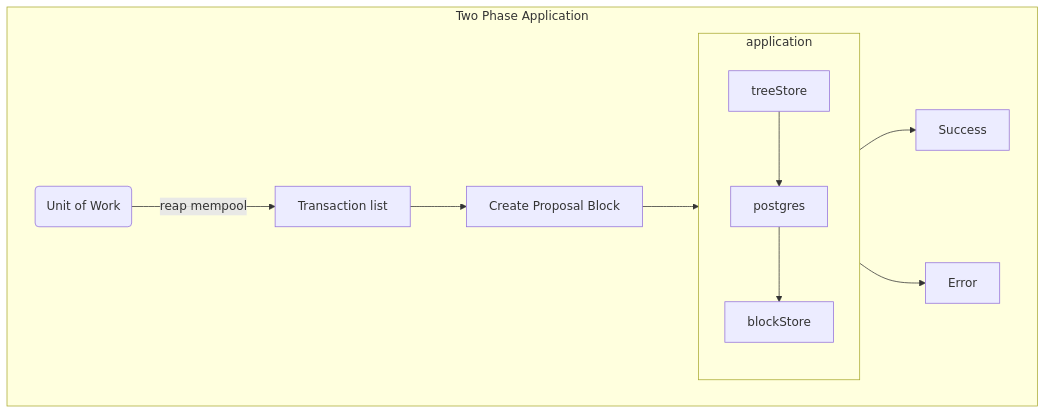
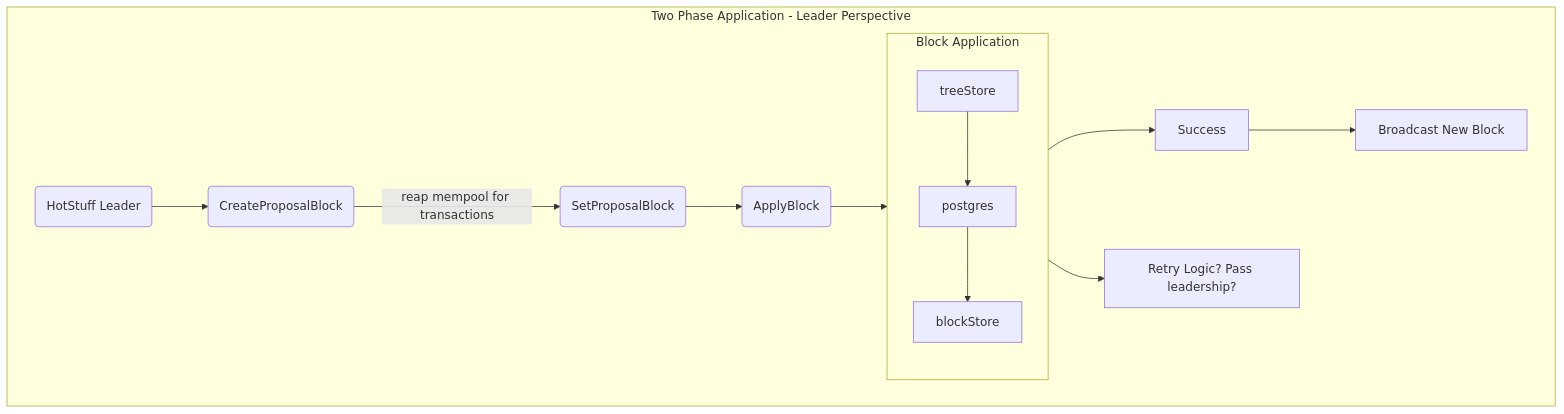
The third of 5 diagrams in ADRs/ADR0007-remove-tx-indexer.md (pokt-network/pocket-network-protocol), drawn with Mermaid before and after one commit. The commit also changed other lines of this file, not shown here.

First line of the commit message:
updates formatting and adds mermaid flow charts

````diff
--- a/ADRs/ADR0007-remove-tx-indexer.md
+++ b/ADRs/ADR0007-remove-tx-indexer.md
@@ -61,15 +61,15 @@
 ```mermaid
 flowchart TD
-    subgraph Two Phase Application
-        ProposedUOW(Unit of Work) --> |reap mempool| TxsList[Transaction list]
-        TxsList --> CreateProposalBlock[Create Proposal Block]
-        CreateProposalBlock --> application
-        application{Apply} --> Success
-    
-        subgraph application
+    subgraph Two Phase Application - Leader Perspective
+        consensus(HotStuff Leader) -->   CreateProposalBlock
+        CreateProposalBlock(CreateProposalBlock) --> |reap mempool for transactions| SetProposalBlock
+        SetProposalBlock(SetProposalBlock) --> ApplyBlock
+        ApplyBlock(ApplyBlock) --> 2PC 
+        subgraph 2PC[Block Application]
             treeStore --> postgres
             postgres --> blockStore
         end
-        application --> Error
+        2PC --> Success --> Broadcast[Broadcast New Block] 
+        2PC --> Retry[Retry Logic? Pass leadership?]
     end
 ```
````
